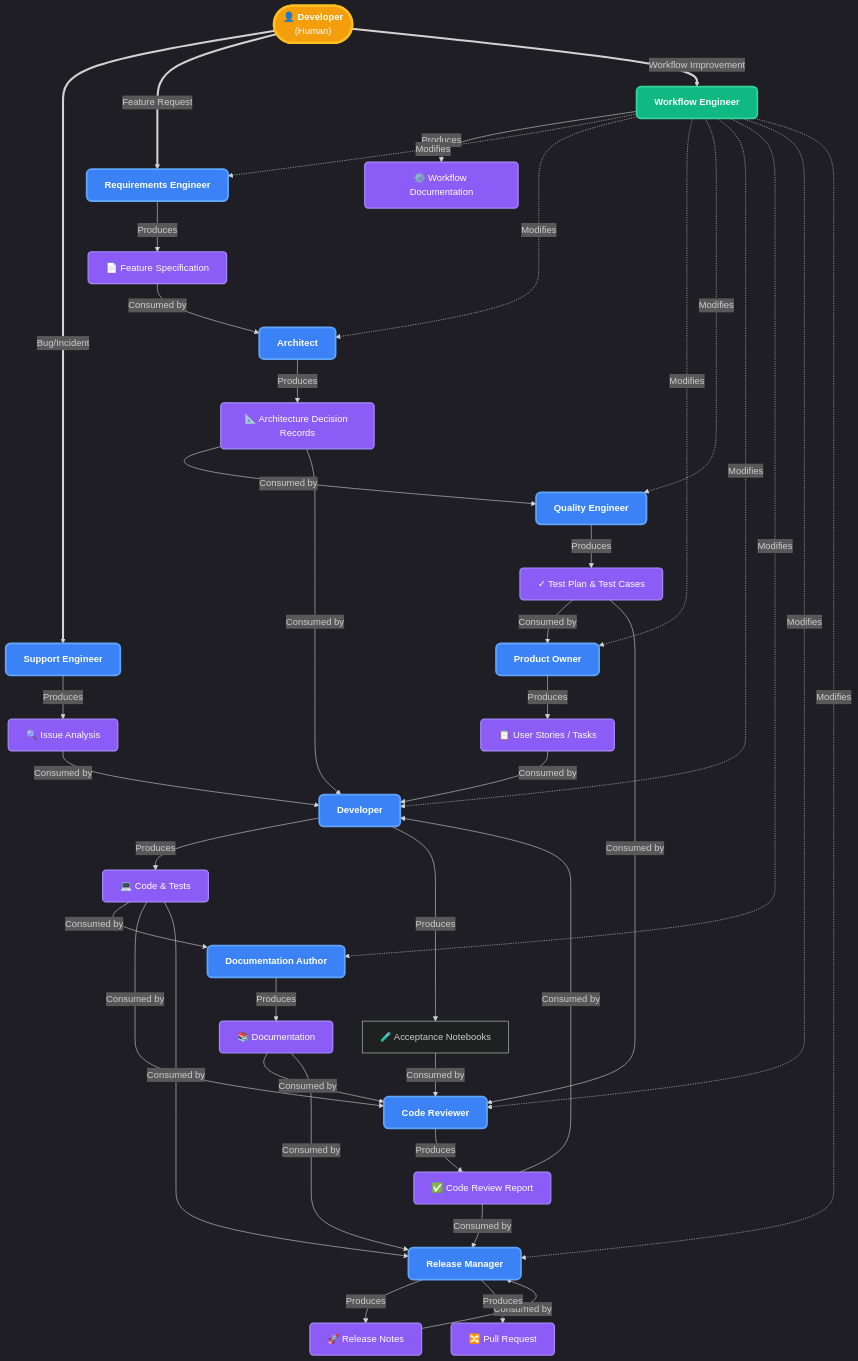
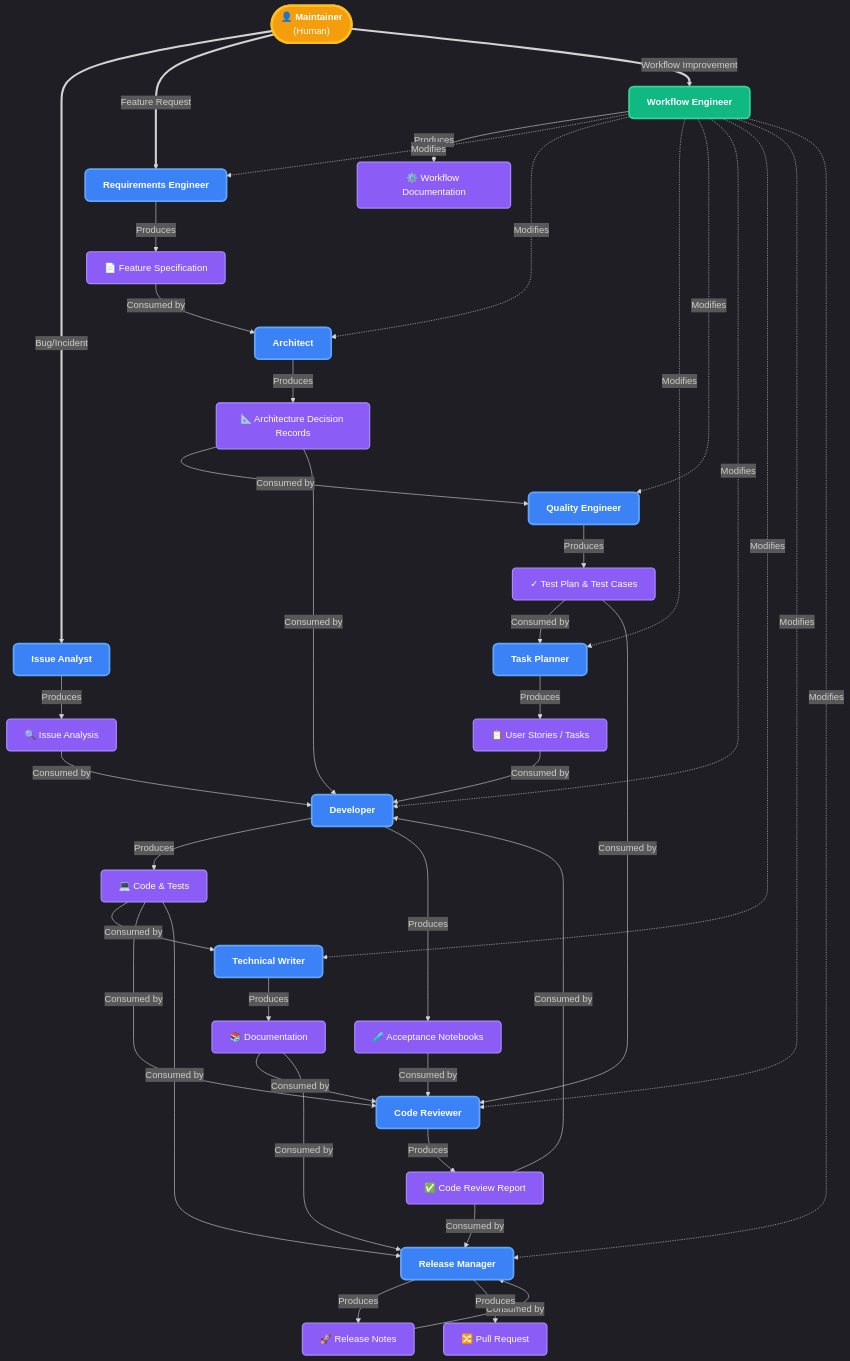
One commit to oocx/tfplan2md changed the diagram in docs/agents.md. Above: the diagram before and after it, drawn with Mermaid. The commit also changed other lines of this file and 6 other files, not shown here.

````diff
--- a/docs/agents.md
+++ b/docs/agents.md
@@ -30,23 +30,23 @@
 	classDef human fill:#f59e0b,stroke:#fbbf24,stroke-width:4px,color:#ffffff,rx:10,ry:10;
 
 	%% Human starting point (stadium shape for actor-like appearance)
-	HUMAN(["👤 <b>Developer</b><br/>(Human)"])
+	HUMAN(["👤 <b>Maintainer</b><br/>(Human)"])
 
 	%% Agents and artifacts in vertical order
-	SE["<b>Support Engineer</b>"]
+	IA_AGENT["<b>Issue Analyst</b>"]
 	IA["🔍 Issue Analysis"]
 	RE["<b>Requirements Engineer</b>"]
 	FS["📄 Feature Specification"]
 	AR["<b>Architect</b>"]
 	ADR["📐 Architecture Decision Records"]
-	PO["<b>Product Owner</b>"]
+	TP_AGENT["<b>Task Planner</b>"]
 	US["📋 User Stories / Tasks"]
 	QE["<b>Quality Engineer</b>"]
 	TP["✓ Test Plan & Test Cases"]
 	DEV["<b>Developer</b>"]
 	CODE["💻 Code & Tests"]
 	AN["🧪 Acceptance Notebooks"]
-	DOC["<b>Documentation Author</b>"]
+	TW["<b>Technical Writer</b>"]
 	DOCS["📚 Documentation"]
 	CR["<b>Code Reviewer</b>"]
 	CRR["✅ Code Review Report"]
@@ -59,24 +59,24 @@
 	WD["⚙️ Workflow Documentation"]
 
 	%% Main vertical workflow with styled links
-	HUMAN == "Bug/Incident" ==> SE
+	HUMAN == "Bug/Incident" ==> IA_AGENT
 	HUMAN == "Feature Request" ==> RE
 	HUMAN == "Workflow Improvement" ==> WE
-	SE -- "Produces" --> IA
+	IA_AGENT -- "Produces" --> IA
 	IA -- "Consumed by" --> DEV
 	RE -- "Produces" --> FS
 	FS -- "Consumed by" --> AR
 	AR -- "Produces" --> ADR
 	ADR -- "Consumed by" --> QE
 	QE -- "Produces" --> TP
-	TP -- "Consumed by" --> PO
-	PO -- "Produces" --> US
+	TP -- "Consumed by" --> TP_AGENT
+	TP_AGENT -- "Produces" --> US
 	US -- "Consumed by" --> DEV
 	DEV -- "Produces" --> CODE
 	DEV -- "Produces" --> AN
-	CODE -- "Consumed by" --> DOC
+	CODE -- "Consumed by" --> TW
 	AN -- "Consumed by" --> CR
-	DOC -- "Produces" --> DOCS
+	TW -- "Produces" --> DOCS
 	DOCS -- "Consumed by" --> CR
 	CR -- "Produces" --> CRR
     CRR -- "Consumed by" --> DEV
@@ -94,16 +94,16 @@
 	WE -- "Produces" --> WD
 	WE -. "Modifies" .-> RE
 	WE -. "Modifies" .-> AR
-	WE -. "Modifies" .-> PO
+	WE -. "Modifies" .-> TP_AGENT
 	WE -. "Modifies" .-> QE
 	WE -. "Modifies" .-> DEV
-	WE -. "Modifies" .-> DOC
+	WE -. "Modifies" .-> TW
 	WE -. "Modifies" .-> CR
 	WE -. "Modifies" .-> RM
 
 	%% Apply styles
 	class HUMAN human;
-	class SE,RE,AR,PO,QE,DEV,DOC,CR,RM agent;
+	class IA_AGENT,RE,AR,TP_AGENT,QE,DEV,TW,CR,RM agent;
 	class WE metaagent;
-	class IA,FS,US,ADR,TP,CODE,DOCS,CRR,REL,PR,WD artifact;
+	class IA,FS,US,ADR,TP,CODE,DOCS,CRR,REL,PR,WD,AN artifact;
 ```
````
